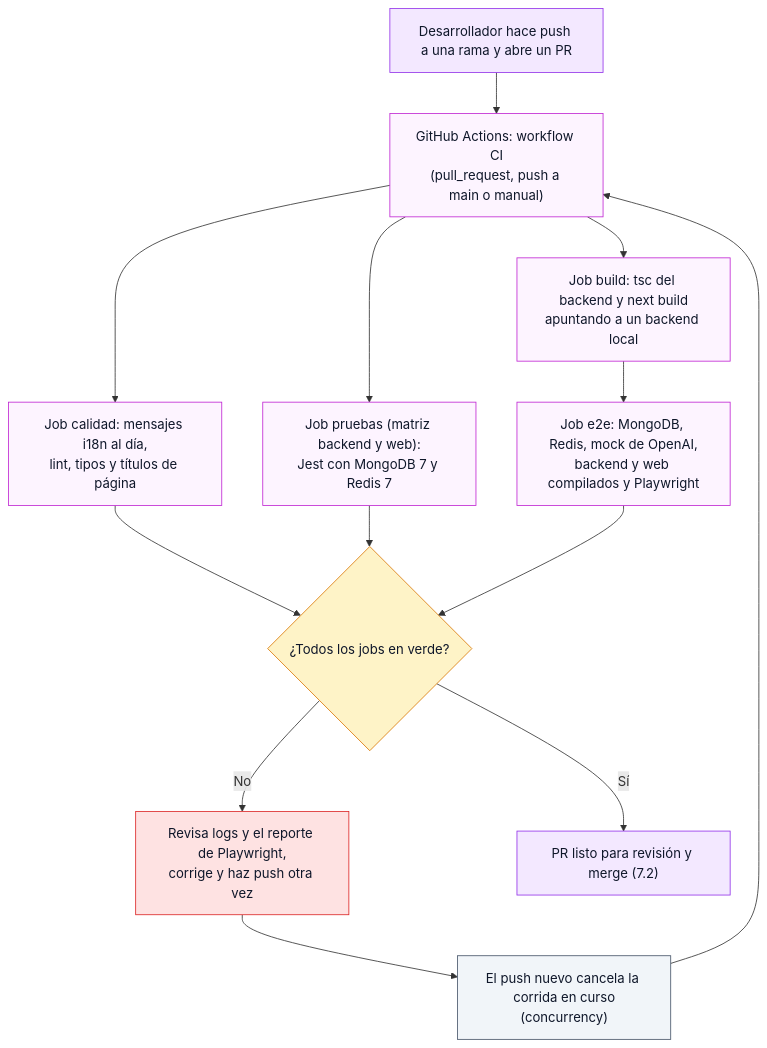
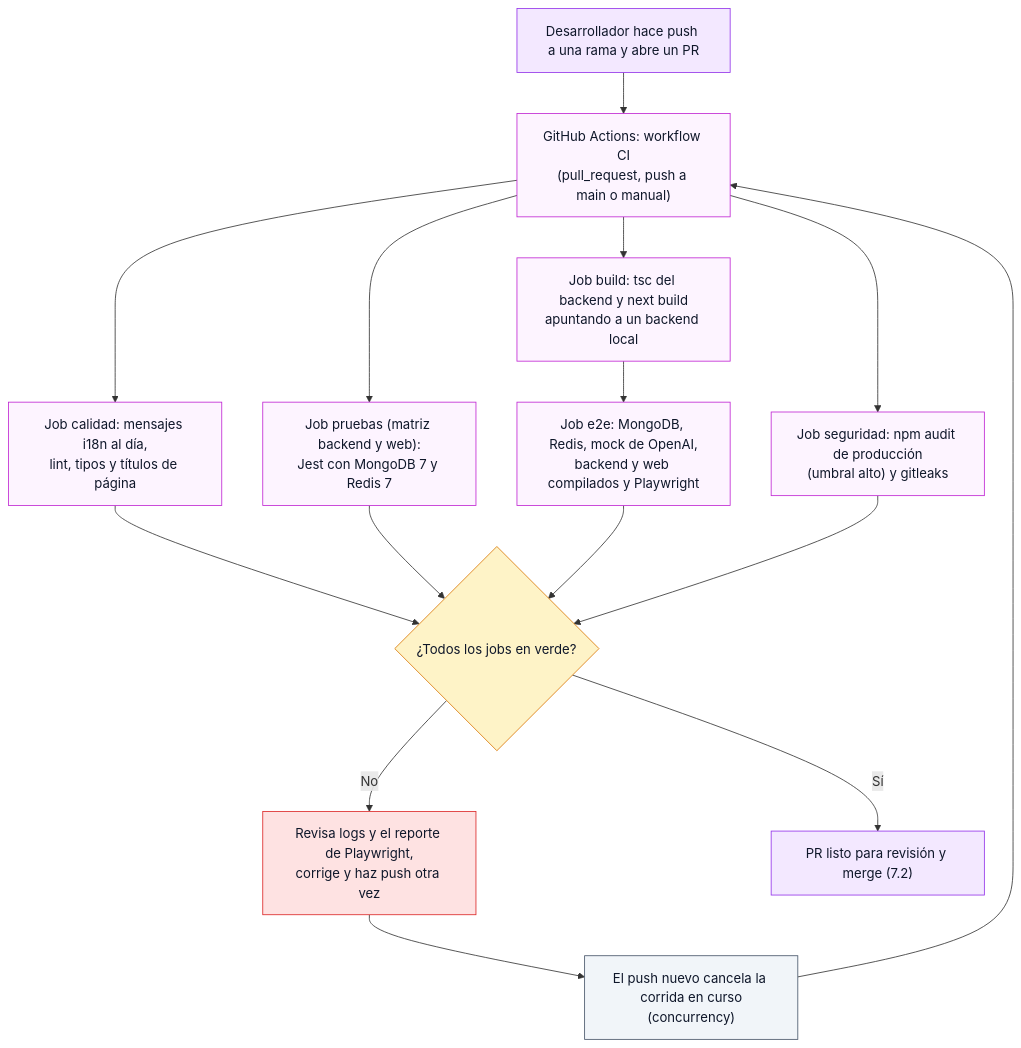
One commit to ronalc90/koptup changed diagram 15 of 23 in docs/wiki/Doc-14-2-Flujos-de-Administracion-y-Operacion.md. Above: the diagram before and after it, drawn with Mermaid. The commit also changed other lines of this file and 245 other files, not shown here.

````diff
--- a/docs/wiki/Doc-14-2-Flujos-de-Administracion-y-Operacion.md
+++ b/docs/wiki/Doc-14-2-Flujos-de-Administracion-y-Operacion.md
@@ -810,31 +814,34 @@
 ```mermaid
 flowchart TD
     classDef visitante fill:#dbeafe,stroke:#2563eb,color:#0f172a
     classDef sistema fill:#f1f5f9,stroke:#475569,color:#0f172a
     classDef admin fill:#f3e8ff,stroke:#9333ea,color:#0f172a
     classDef aviso fill:#dcfce7,stroke:#16a34a,color:#0f172a
     classDef decision fill:#fef3c7,stroke:#d97706,color:#0f172a
     classDef error fill:#fee2e2,stroke:#dc2626,color:#0f172a
     classDef externo fill:#fdf4ff,stroke:#c026d3,color:#0f172a
 
     P1["Desarrollador hace push a una rama y abre un PR"]:::admin
     P2["GitHub Actions: workflow CI<br/>(pull_request, push a main o manual)"]:::externo
     J1["Job calidad: mensajes i18n al día,<br/>lint, tipos y títulos de página"]:::externo
     J2["Job pruebas (matriz backend y web):<br/>Jest con MongoDB 7 y Redis 7"]:::externo
     J3["Job build: tsc del backend y next build<br/>apuntando a un backend local"]:::externo
     J4["Job e2e: MongoDB, Redis, mock de OpenAI,<br/>backend y web compilados y Playwright"]:::externo
+    J5["Job seguridad: npm audit de producción<br/>(umbral alto) y gitleaks"]:::externo
     D1{"¿Todos los jobs en verde?"}:::decision
     E1["Revisa logs y el reporte de Playwright,<br/>corrige y haz push otra vez"]:::error
     E2["El push nuevo cancela la corrida en curso<br/>(concurrency)"]:::sistema
     P3["PR listo para revisión y merge (7.2)"]:::admin
 
     P1 --> P2
     P2 --> J1
     P2 --> J2
     P2 --> J3 --> J4
+    P2 --> J5
     J1 --> D1
     J2 --> D1
     J4 --> D1
+    J5 --> D1
     D1 -->|"No"| E1 --> E2 --> P2
     D1 -->|"Sí"| P3
 ```
````
